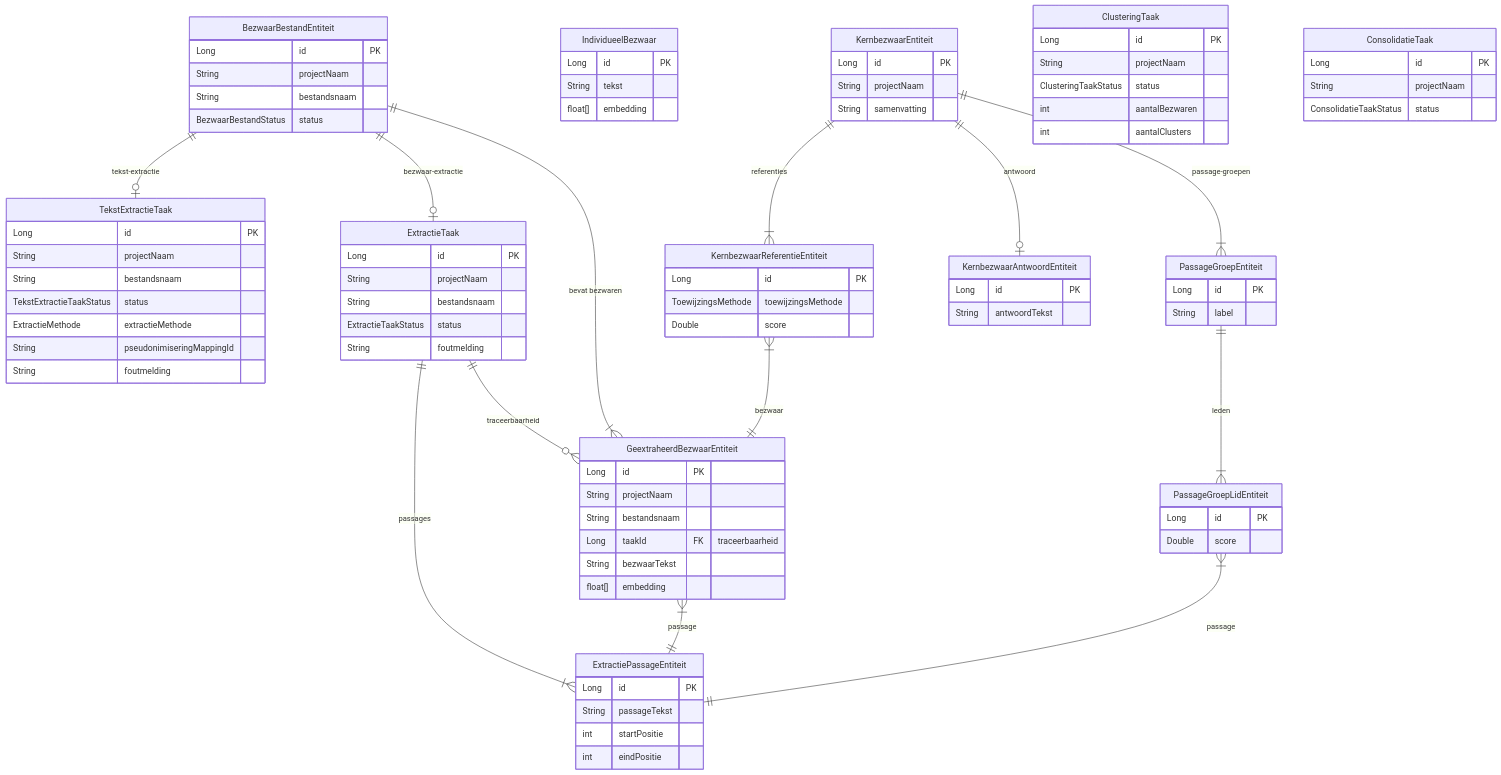
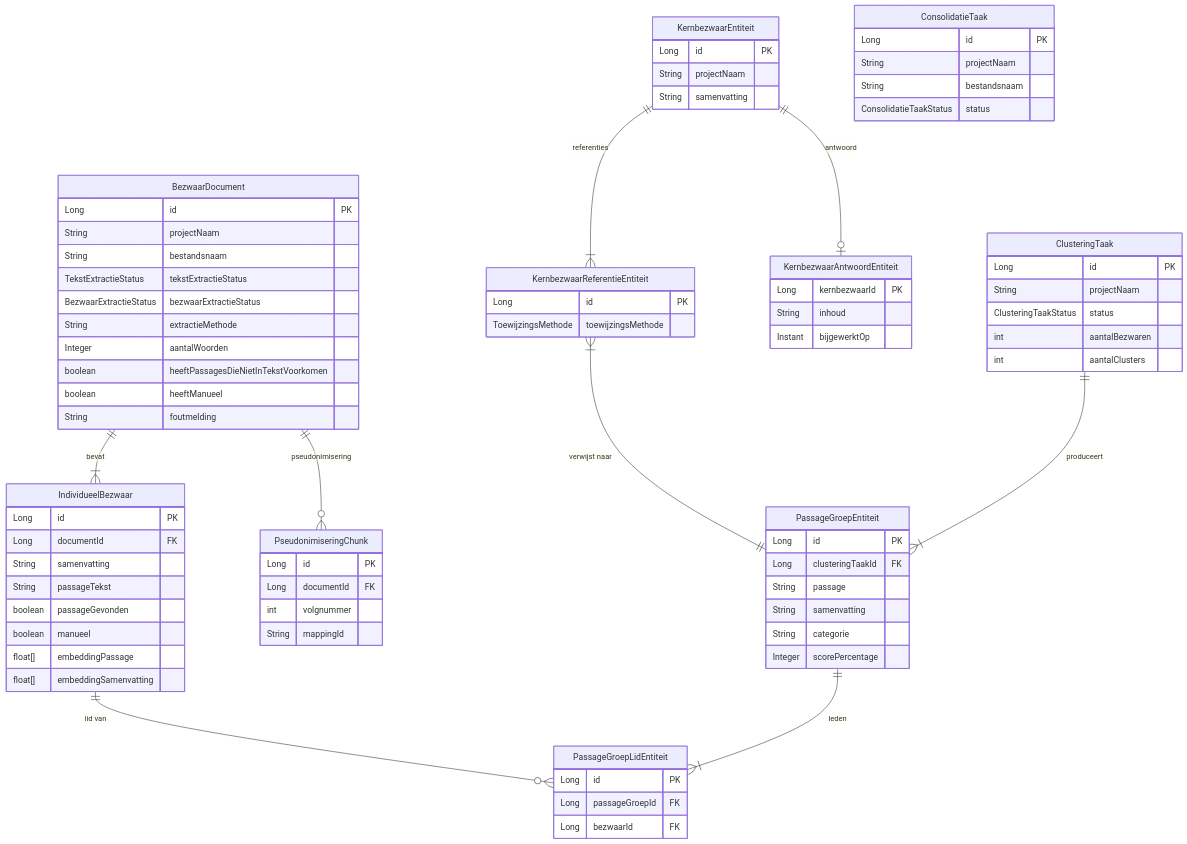
Before and after one commit to kevcraey/bezwaarschriften: the diagram in docs/architecture/domain-model.md, drawn with Mermaid. The commit also changed other lines of this file and 3 other files, not shown here.

````diff
--- a/docs/architecture/domain-model.md
+++ b/docs/architecture/domain-model.md
@@ -9,50 +9,27 @@
 ```mermaid
 erDiagram
-    BezwaarBestandEntiteit {
+    BezwaarDocument {
         Long id PK
         String projectNaam
         String bestandsnaam
-        BezwaarBestandStatus status
-    }
-
-    TekstExtractieTaak {
-        Long id PK
-        String projectNaam
-        String bestandsnaam
-        TekstExtractieTaakStatus status
-        ExtractieMethode extractieMethode
-        String pseudonimiseringMappingId
+        TekstExtractieStatus tekstExtractieStatus
+        BezwaarExtractieStatus bezwaarExtractieStatus
+        String extractieMethode
+        Integer aantalWoorden
+        boolean heeftPassagesDieNietInTekstVoorkomen
+        boolean heeftManueel
         String foutmelding
-    }
-
-    ExtractieTaak {
-        Long id PK
-        String projectNaam
-        String bestandsnaam
-        ExtractieTaakStatus status
-        String foutmelding
-    }
-
-    GeextraheerdBezwaarEntiteit {
-        Long id PK
-        String projectNaam
-        String bestandsnaam
-        Long taakId FK "traceerbaarheid"
-        String bezwaarTekst
-        float[] embedding
-    }
-
-    ExtractiePassageEntiteit {
-        Long id PK
-        String passageTekst
-        int startPositie
-        int eindPositie
     }
 
     IndividueelBezwaar {
         Long id PK
-        String tekst
-        float[] embedding
+        Long documentId FK
+        String samenvatting
+        String passageTekst
+        boolean passageGevonden
+        boolean manueel
+        float[] embeddingPassage
+        float[] embeddingSamenvatting
     }
 
     KernbezwaarEntiteit {
@@ -64,22 +41,27 @@
     KernbezwaarReferentieEntiteit {
         Long id PK
         ToewijzingsMethode toewijzingsMethode
-        Double score
     }
 
     KernbezwaarAntwoordEntiteit {
-        Long id PK
-        String antwoordTekst
+        Long kernbezwaarId PK
+        String inhoud
+        Instant bijgewerktOp
     }
 
     PassageGroepEntiteit {
         Long id PK
-        String label
+        Long clusteringTaakId FK
+        String passage
+        String samenvatting
+        String categorie
+        Integer scorePercentage
     }
 
     PassageGroepLidEntiteit {
         Long id PK
-        Double score
+        Long passageGroepId FK
+        Long bezwaarId FK
     }
 
     ClusteringTaak {
@@ -93,19 +75,23 @@
     ConsolidatieTaak {
         Long id PK
         String projectNaam
+        String bestandsnaam
         ConsolidatieTaakStatus status
     }
 
-    BezwaarBestandEntiteit ||--o| TekstExtractieTaak : "tekst-extractie"
-    BezwaarBestandEntiteit ||--o| ExtractieTaak : "bezwaar-extractie"
-    BezwaarBestandEntiteit ||--|{ GeextraheerdBezwaarEntiteit : "bevat bezwaren"
-    ExtractieTaak ||--|{ ExtractiePassageEntiteit : "passages"
-    GeextraheerdBezwaarEntiteit }|--|| ExtractiePassageEntiteit : "passage"
-    ExtractieTaak ||--o{ GeextraheerdBezwaarEntiteit : "traceerbaarheid"
+    PseudonimiseringChunk {
+        Long id PK
+        Long documentId FK
+        int volgnummer
+        String mappingId
+    }
+
+    BezwaarDocument ||--|{ IndividueelBezwaar : "bevat"
+    BezwaarDocument ||--o{ PseudonimiseringChunk : "pseudonimisering"
+    IndividueelBezwaar ||--o{ PassageGroepLidEntiteit : "lid van"
+    PassageGroepEntiteit ||--|{ PassageGroepLidEntiteit : "leden"
     KernbezwaarEntiteit ||--|{ KernbezwaarReferentieEntiteit : "referenties"
-    KernbezwaarReferentieEntiteit }|--|| GeextraheerdBezwaarEntiteit : "bezwaar"
+    KernbezwaarReferentieEntiteit }|--|| PassageGroepEntiteit : "verwijst naar"
     KernbezwaarEntiteit ||--o| KernbezwaarAntwoordEntiteit : "antwoord"
-    KernbezwaarEntiteit ||--|{ PassageGroepEntiteit : "passage-groepen"
-    PassageGroepEntiteit ||--|{ PassageGroepLidEntiteit : "leden"
-    PassageGroepLidEntiteit }|--|| ExtractiePassageEntiteit : "passage"
+    ClusteringTaak ||--|{ PassageGroepEntiteit : "produceert"
 ```
````
